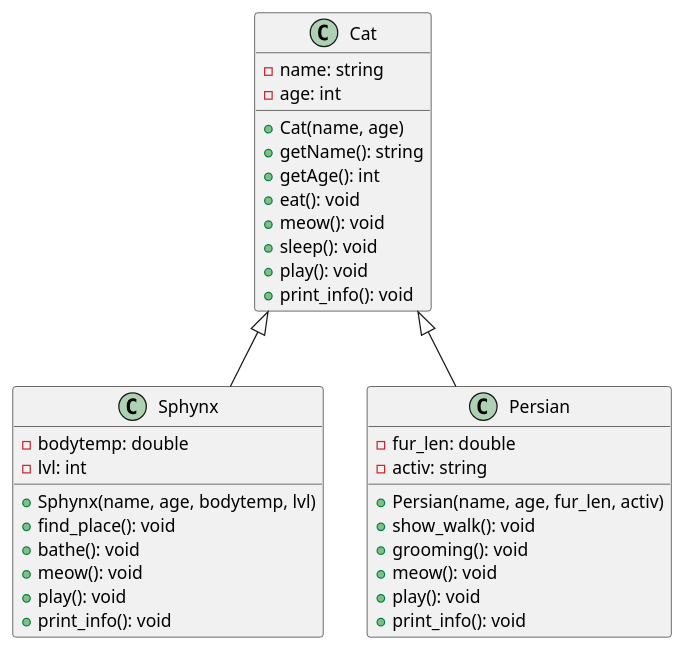
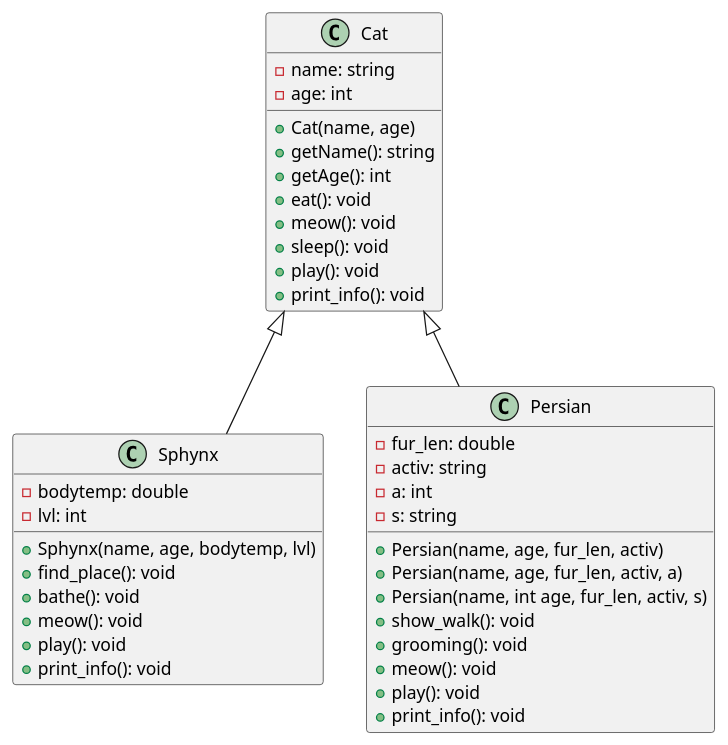
One commit to pisha6/lab1 changed the diagram in cats.puml. Above: the diagram before and after it, drawn with PlantUML. The commit also changed 4 other files, not shown here.

```diff
--- a/cats.puml
+++ b/cats.puml
@@ -1,39 +1,43 @@
 @startuml
 class Cat {
   - name: string
   - age: int
   + Cat(name, age)
   + getName(): string
   + getAge(): int
   + eat(): void
   + meow(): void
   + sleep(): void
   + play(): void
   + print_info(): void
 }
 
 class Sphynx {
   - bodytemp: double
   - lvl: int
   + Sphynx(name, age, bodytemp, lvl)
   + find_place(): void
   + bathe(): void
   + meow(): void
   + play(): void
   + print_info(): void
 }
 
 class Persian {
   - fur_len: double
   - activ: string
+  - a: int
+  - s: string
   + Persian(name, age, fur_len, activ)
+  + Persian(name, age, fur_len, activ, a) 
+  + Persian(name, int age, fur_len, activ, s) 
   + show_walk(): void
   + grooming(): void
   + meow(): void
   + play(): void
   + print_info(): void
 }
 
 Cat <|-- Sphynx
 Cat <|-- Persian
 @enduml
```
